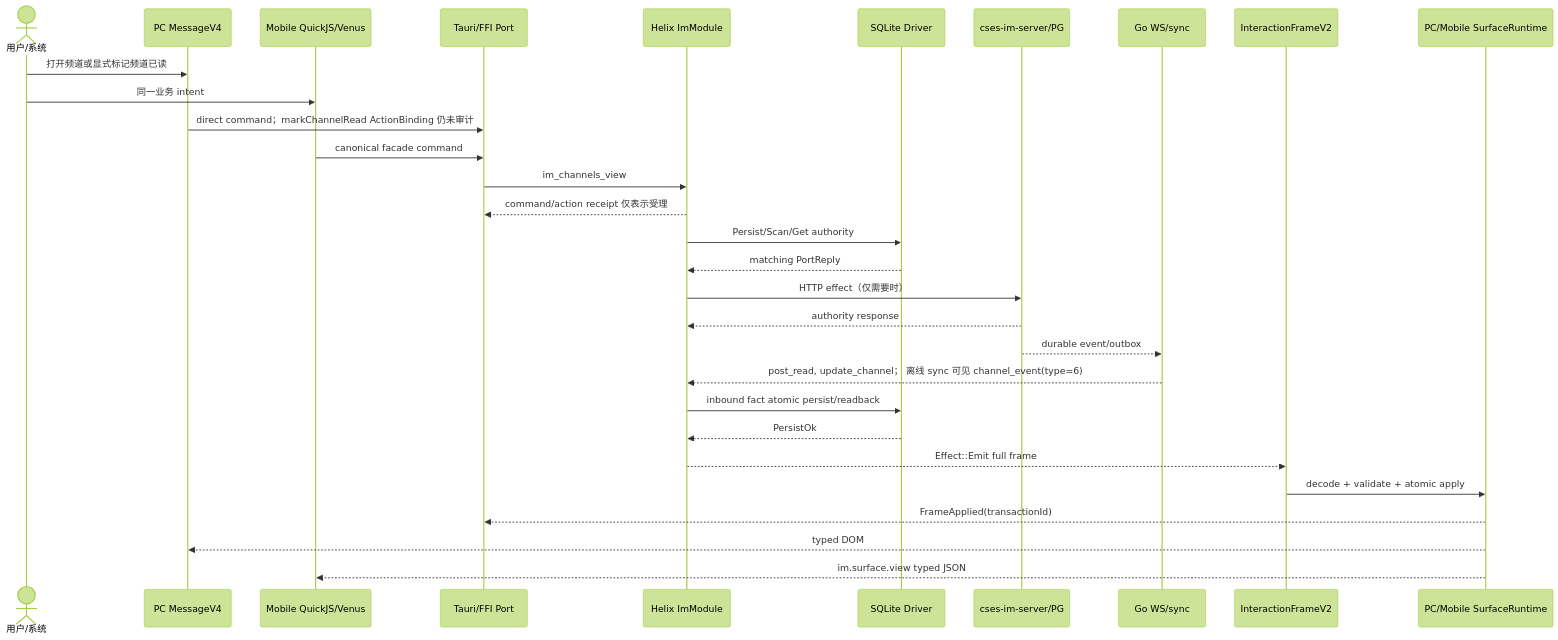
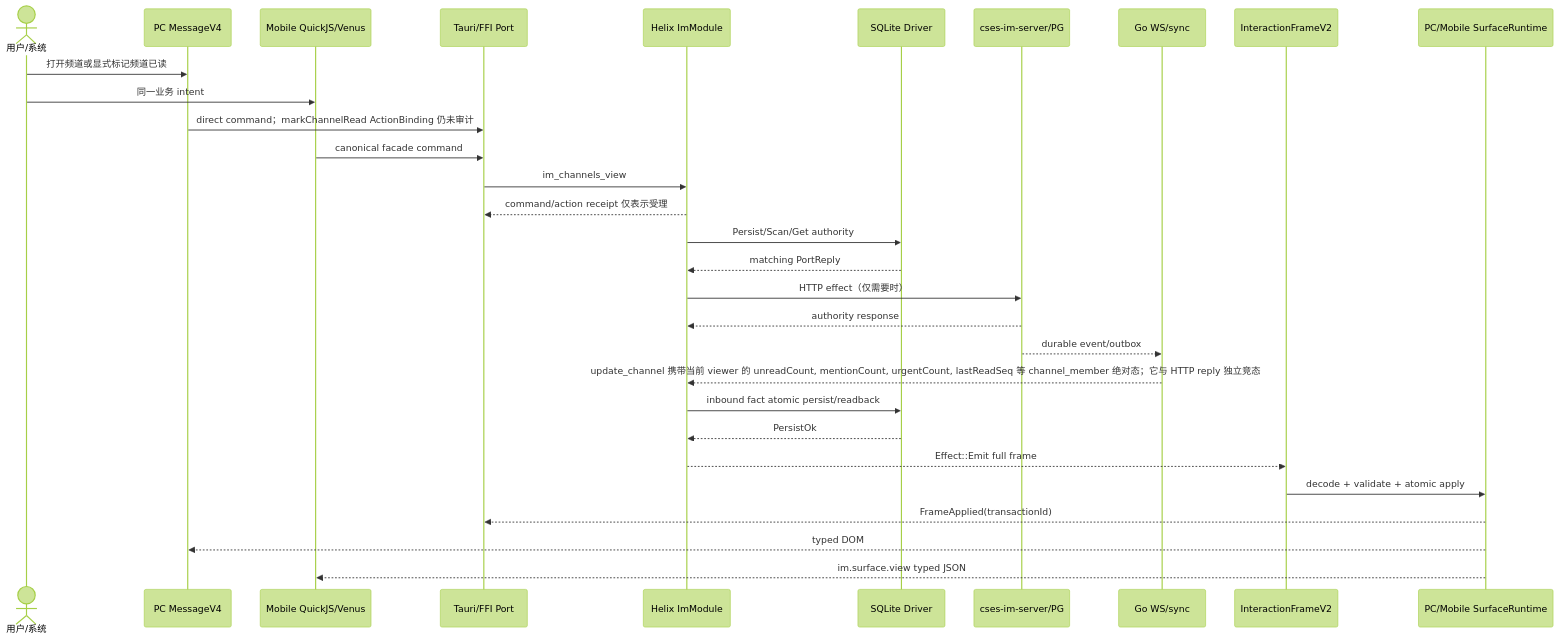
One commit to zxs1633079383/helix changed the diagram in docs/interaction-frame-v2-全量替换-按UC/G13/09-G13完整主链路时序图.mmd. Above: the diagram before and after it, drawn with Mermaid (forest theme). The commit also changed 44 other files, not shown here.

```diff
--- a/docs/interaction-frame-v2-全量替换-按UC/G13/09-G13完整主链路时序图.mmd
+++ b/docs/interaction-frame-v2-全量替换-按UC/G13/09-G13完整主链路时序图.mmd
@@ -1,31 +1,31 @@
 sequenceDiagram
   actor U as 用户/系统
   participant PC as PC MessageV4
   participant MOB as Mobile QuickJS/Venus
   participant PORT as Tauri/FFI Port
   participant H as Helix ImModule
   participant STORE as SQLite Driver
   participant GO as cses-im-server/PG
   participant WS as Go WS/sync
   participant FRAME as InteractionFrameV2
   participant SR as PC/Mobile SurfaceRuntime
 
   U->>PC: 打开频道或显式标记频道已读
   U->>MOB: 同一业务 intent
   PC->>PORT: direct command；markChannelRead ActionBinding 仍未审计
   MOB->>PORT: canonical facade command
   PORT->>H: im_channels_view
   H-->>PORT: command/action receipt 仅表示受理
   H->>STORE: Persist/Scan/Get authority
   STORE-->>H: matching PortReply
   H->>GO: HTTP effect（仅需要时）
   GO-->>H: authority response
   GO-->>WS: durable event/outbox
-  WS-->>H: post_read, update_channel； 离线 sync 可见 channel_event(type=6)
+  WS-->>H: update_channel 携带当前 viewer 的 unreadCount, mentionCount, urgentCount, lastReadSeq 等 channel_member 绝对态；它与 HTTP reply 独立竞态
   H->>STORE: inbound fact atomic persist/readback
   STORE-->>H: PersistOk
   H-->>FRAME: Effect::Emit full frame
   FRAME->>SR: decode + validate + atomic apply
   SR-->>PORT: FrameApplied(transactionId)
   SR-->>PC: typed DOM
   SR-->>MOB: im.surface.view typed JSON
```
